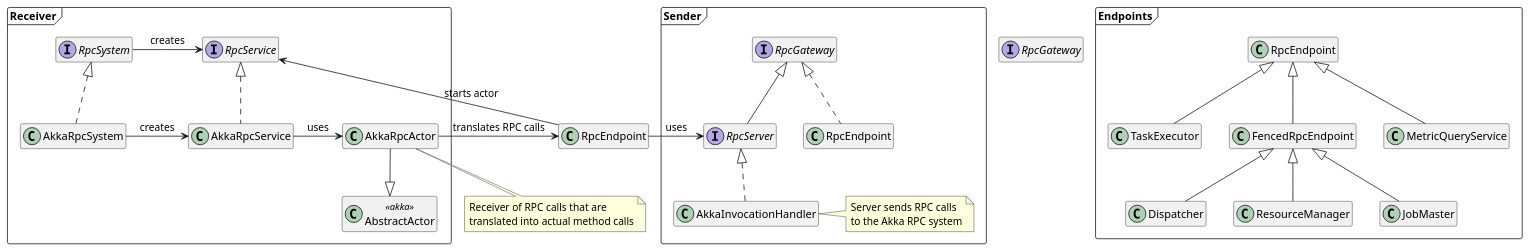
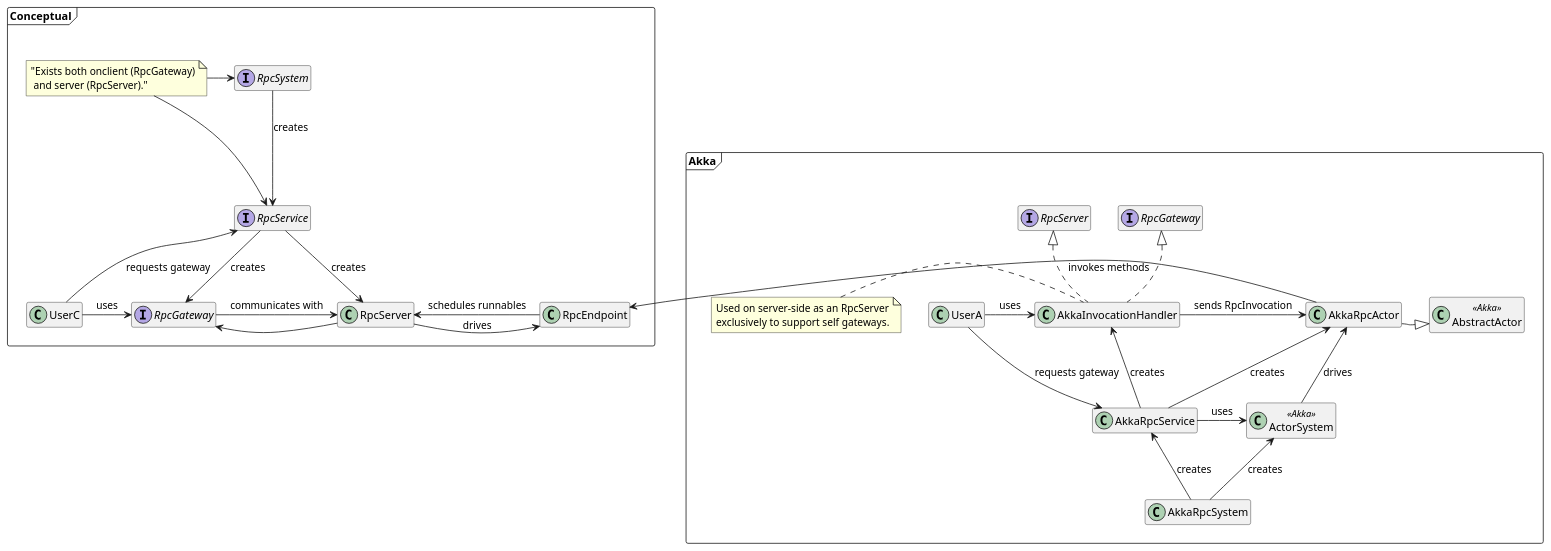
Before and after one commit to XComp/flink-diagrams: the diagram in plantuml/flink-rpc-system.puml, drawn with PlantUML.

Commit message:
Revision

```diff
--- a/plantuml/flink-rpc-system.puml
+++ b/plantuml/flink-rpc-system.puml
@@ -1,51 +1,73 @@
 @startuml
 'https://plantuml.com/class-diagram
 
 hide members
 
-interface RpcGateway
-class RpcEndpoint
+package Conceptual <<Frame>> {
+    class UserC
+    interface RpcGateway
 
-package Receiver <<Frame>> {
-    class AbstractActor <<akka>>
-    class AkkaRpcActor
-    class AkkaRpcService implements RpcService
-    class AkkaRpcSystem implements RpcSystem
-    RpcSystem -> RpcService : creates
-    AkkaRpcSystem -> AkkaRpcService : creates
-    RpcEndpoint -> RpcService : starts actor
+    class RpcServer
+    class RpcEndpoint
 
-    AkkaRpcActor -down-|> AbstractActor
-    AkkaRpcService -> AkkaRpcActor : uses
-    AkkaRpcActor -> RpcEndpoint : translates RPC calls
+    interface RpcSystem
+    interface RpcService
+
+    RpcSystem -d-> RpcService : creates
+    RpcService -d-> RpcGateway : creates
+    RpcService -d-> RpcServer : creates
+    UserC -u-> RpcService : requests gateway
+    UserC -> RpcGateway : uses
+    RpcGateway -> RpcServer : communicates with
+    RpcServer -l> RpcGateway: " "
+    RpcServer -> RpcEndpoint : drives
+    RpcEndpoint -l> RpcServer : schedules runnables
+
+    note as N
+        "Exists both onclient (RpcGateway)
+         and server (RpcServer)."
+    end note
+
+    note as N_placeholder
+        "Exists both onclient (RpcGateway)
+         and server (RpcServer)."
+    end note
+
+    N -> RpcSystem
+    N -> RpcService
+    N -d-> N_placeholder
+    N_placeholder -> RpcService
+
+    hide N_placeholder
 }
 
-note bottom of AkkaRpcActor
-    Receiver of RPC calls that are
-    translated into actual method calls
-end note
+Conceptual -[hidden]-> Akka
 
-package Sender <<Frame>> {
-    interface RpcServer extends RpcGateway
-    class RpcEndpoint implements RpcGateway
-    class AkkaInvocationHandler implements RpcServer
+package Akka <<Frame>> {
+    class UserA
+    class AkkaRpcSystem
+    class ActorSystem <<Akka>>
+    class AbstractActor <<Akka>>
+    class AkkaInvocationHandler implements RpcGateway,RpcServer
+    class AkkaRpcActor extends AbstractActor
+    class AkkaRpcService
 
-    note right of AkkaInvocationHandler
-        Server sends RPC calls
-        to the Akka RPC system
+    UserA -d-> AkkaRpcService : requests gateway
+    UserA -> AkkaInvocationHandler : uses
+    AkkaRpcSystem -u-> AkkaRpcService : creates
+    AkkaRpcSystem -u-> ActorSystem : creates
+    AkkaRpcActor -[hidden]> AbstractActor
+    AkkaInvocationHandler -> AkkaRpcActor : sends RpcInvocation
+    AkkaRpcActor -> RpcEndpoint : invokes methods
+    ActorSystem -u> AkkaRpcActor : drives
+    AkkaRpcService -> ActorSystem : uses
+    AkkaRpcService -u-> AkkaRpcActor : creates
+    AkkaRpcService -u-> AkkaInvocationHandler : creates
+
+    note left of AkkaInvocationHandler
+        Used on server-side as an RpcServer
+        exclusively to support self gateways.
     end note
-
-}
-
-RpcEndpoint -> RpcServer : uses
-
-package Endpoints <<Frame>> {
-    class TaskExecutor extends RpcEndpoint
-    class FencedRpcEndpoint extends RpcEndpoint
-    class MetricQueryService extends RpcEndpoint
-    class Dispatcher extends FencedRpcEndpoint
-    class ResourceManager extends FencedRpcEndpoint
-    class JobMaster extends FencedRpcEndpoint
 }
 
 @enduml
```
